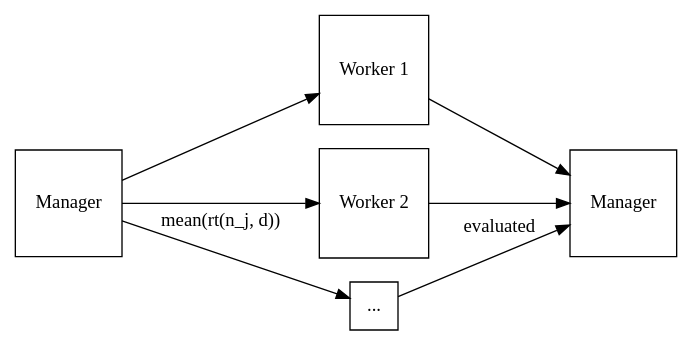
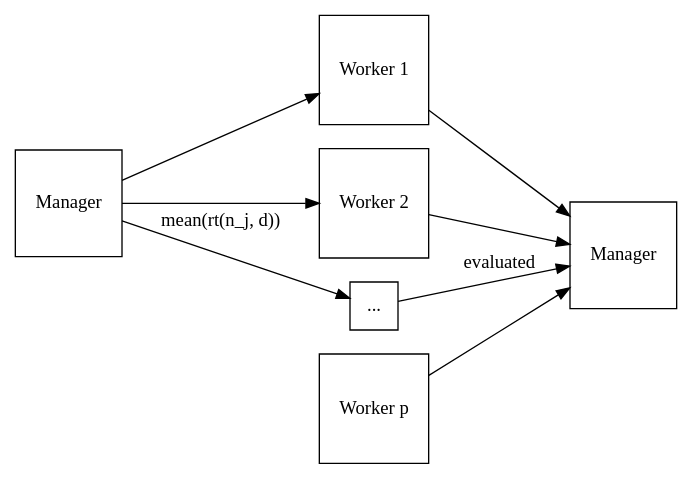
Before and after one commit to clarkfitzg/phd_research: the diagram in proposal/snow.dot, drawn with Graphviz. The commit also changed 1 other file, not shown here.

Commit message:
add p worker

```diff
--- a/proposal/snow.dot
+++ b/proposal/snow.dot
@@ -1,19 +1,21 @@
 digraph {
     rankdir=LR;
     //size="8,5"
     node [shape = square]; 1, 2, 3;
     //node [shape = none];
 
     0 [label="Manager"];
     1 [label="Worker 1"];
     2 [label="Worker 2"];
     3 [label="..."];
     4 [label="Manager"];
+    5 [label="Worker p"];
 
     0 -> 1;
     0 -> 2;
     0 -> 3 [label="mean(rt(n_j, d))"];
     1 -> 4;
     2 -> 4;
     3 -> 4 [label="evaluated"];
+    5 -> 4;
 }
```
